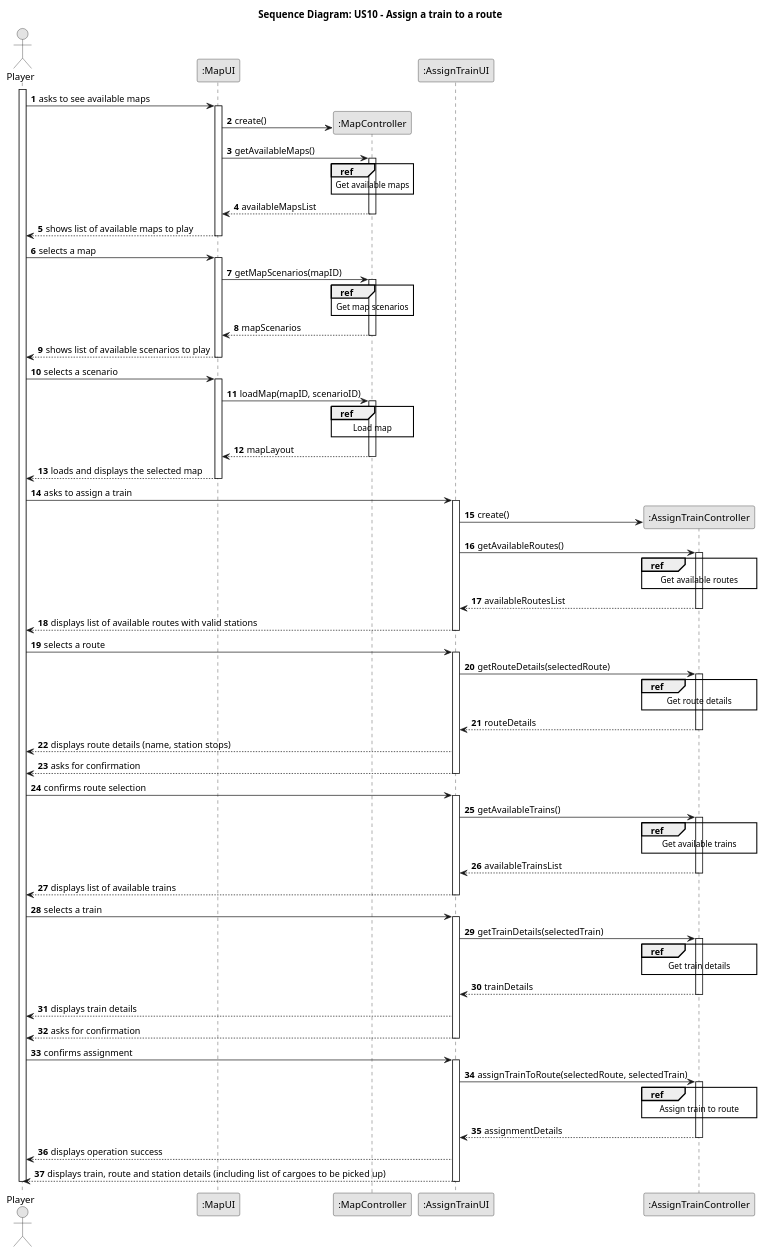
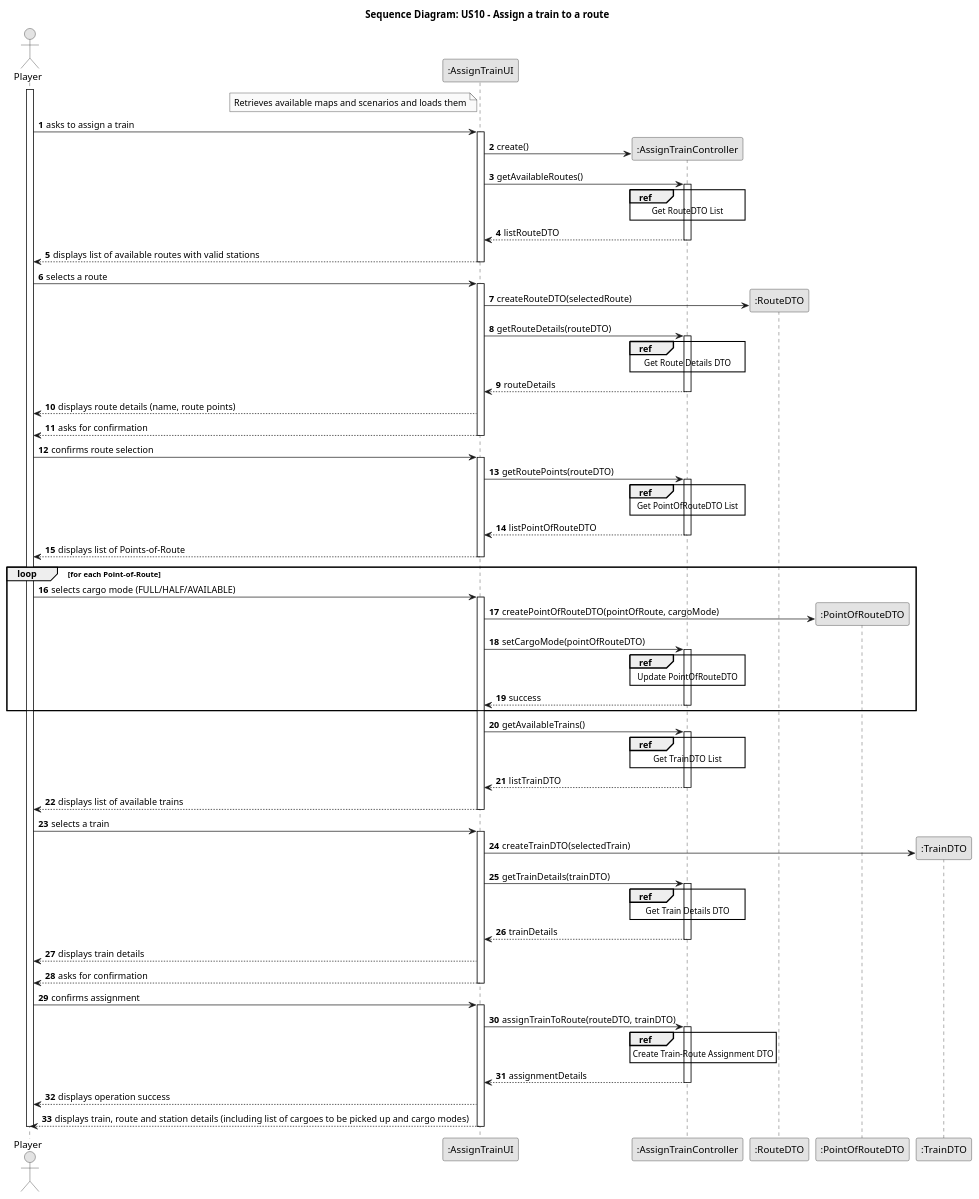
One commit to HenriqueSilva18/Railway-Network-Simulator changed the diagram in docs/system-documentation/Sprint 3/US10/03.design/puml/US10-SD-split.puml. Above: the diagram before and after it, drawn with PlantUML. The commit also changed 24 other files, not shown here.

```diff
--- a/docs/system-documentation/Sprint 3/US10/03.design/puml/US10-SD-split.puml
+++ b/docs/system-documentation/Sprint 3/US10/03.design/puml/US10-SD-split.puml
@@ -1,131 +1,126 @@
 @startuml
 skinparam monochrome true
 skinparam packageStyle rectangle
 skinparam shadowing false
 
 autonumber
 
 title Sequence Diagram: US10 - Assign a train to a route
 
 actor "Player" as player
-participant ":MapUI" as mapUI
-participant ":MapController" as mapCTRL
 participant ":AssignTrainUI" as UI
 participant ":AssignTrainController" as CTRL
+participant ":RouteDTO" as ROUTE_DTO
+participant ":PointOfRouteDTO" as POINT_DTO
+participant ":TrainDTO" as TRAIN_DTO
 
 activate player
 
-    player -> mapUI: asks to see available maps
-        activate mapUI
-        mapUI -> mapCTRL**: create()
-        mapUI -> mapCTRL: getAvailableMaps()
-            activate mapCTRL
-                ref over mapCTRL
-                    Get available maps
-                end
-            mapCTRL --> mapUI: availableMapsList
-            deactivate mapCTRL
-        mapUI --> player: shows list of available maps to play
-        deactivate mapUI
-
-    player -> mapUI: selects a map
-        activate mapUI
-        mapUI -> mapCTRL: getMapScenarios(mapID)
-            activate mapCTRL
-                ref over mapCTRL
-                    Get map scenarios
-                end
-            mapCTRL --> mapUI: mapScenarios
-            deactivate mapCTRL
-        mapUI --> player: shows list of available scenarios to play
-        deactivate mapUI
-    player -> mapUI: selects a scenario
-
-        activate mapUI
-        mapUI -> mapCTRL: loadMap(mapID, scenarioID)
-            activate mapCTRL
-                ref over mapCTRL
-                    Load map
-                end
-            mapCTRL --> mapUI: mapLayout
-            deactivate mapCTRL
-        mapUI --> player: loads and displays the selected map
-        deactivate mapUI
-
+note left of UI
+    Retrieves available maps and scenarios and loads them
+end note
     player -> UI : asks to assign a train
         activate UI
             UI -> CTRL**: create()
             UI -> CTRL: getAvailableRoutes()
             activate CTRL
 
             ref over CTRL
-                Get available routes
+                Get RouteDTO List
             end
 
-            CTRL --> UI: availableRoutesList
+            CTRL --> UI: listRouteDTO
             deactivate CTRL
             UI --> player: displays list of available routes with valid stations
         deactivate UI
 
     player -> UI : selects a route
         activate UI
-            UI -> CTRL: getRouteDetails(selectedRoute)
+            UI -> ROUTE_DTO** : createRouteDTO(selectedRoute)
+            UI -> CTRL: getRouteDetails(routeDTO)
             activate CTRL
 
             ref over CTRL
-                Get route details
+                Get Route Details DTO
             end
 
             CTRL --> UI: routeDetails
             deactivate CTRL
-            UI --> player: displays route details (name, station stops)
+            UI --> player: displays route details (name, route points)
             UI --> player: asks for confirmation
         deactivate UI
 
     player -> UI : confirms route selection
         activate UI
-            UI -> CTRL: getAvailableTrains()
+            UI -> CTRL: getRoutePoints(routeDTO)
             activate CTRL
 
             ref over CTRL
-                Get available trains
+                Get PointOfRouteDTO List
             end
 
-            CTRL --> UI: availableTrainsList
+            CTRL --> UI: listPointOfRouteDTO
             deactivate CTRL
-            UI --> player: displays list of available trains
+            UI --> player: displays list of Points-of-Route
         deactivate UI
 
-    player -> UI : selects a train
-        activate UI
-            UI -> CTRL: getTrainDetails(selectedTrain)
+    loop for each Point-of-Route
+        player -> UI : selects cargo mode (FULL/HALF/AVAILABLE)
+            activate UI
+            UI -> POINT_DTO** : createPointOfRouteDTO(pointOfRoute, cargoMode)
+            UI -> CTRL: setCargoMode(pointOfRouteDTO)
             activate CTRL
 
             ref over CTRL
-                Get train details
+                Update PointOfRouteDTO
+            end
+
+            CTRL --> UI: success
+            deactivate CTRL
+    end
+
+    UI -> CTRL: getAvailableTrains()
+    activate CTRL
+
+    ref over CTRL
+        Get TrainDTO List
+    end
+
+    CTRL --> UI: listTrainDTO
+    deactivate CTRL
+    UI --> player: displays list of available trains
+deactivate UI
+    player -> UI : selects a train
+        activate UI
+            UI -> TRAIN_DTO** : createTrainDTO(selectedTrain)
+            UI -> CTRL: getTrainDetails(trainDTO)
+            activate CTRL
+
+            ref over CTRL
+                Get Train Details DTO
             end
 
             CTRL --> UI: trainDetails
             deactivate CTRL
             UI --> player: displays train details
             UI --> player: asks for confirmation
         deactivate UI
 
     player -> UI : confirms assignment
         activate UI
-            UI -> CTRL: assignTrainToRoute(selectedRoute, selectedTrain)
+            UI -> CTRL: assignTrainToRoute(routeDTO, trainDTO)
             activate CTRL
 
             ref over CTRL
-                Assign train to route
+                Create Train-Route Assignment DTO
             end
 
             CTRL --> UI: assignmentDetails
             deactivate CTRL
             UI --> player: displays operation success
-            UI --> player: displays train, route and station details (including list of cargoes to be picked up)
+            UI --> player: displays train, route and station details (including list of cargoes to be picked up and cargo modes)
         deactivate UI
 
 deactivate player
 
 @enduml 
```
